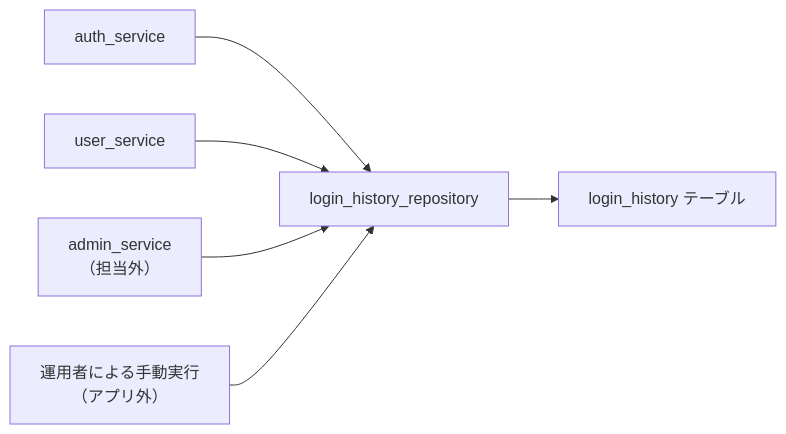
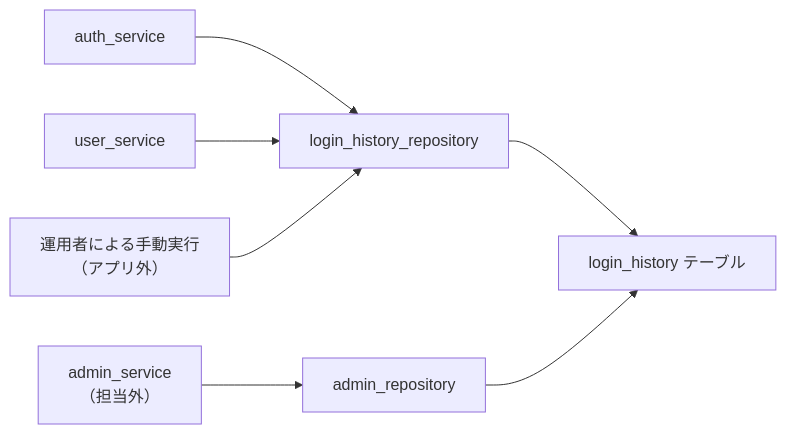
One commit to oikawa-d/task_management changed the third of 3 diagrams in docs/detailed_design/database/03_table_login_history.md. Above: the diagram before and after it, drawn with Mermaid. The commit also changed other lines of this file and 2 other files, not shown here.

````diff
--- a/docs/detailed_design/database/03_table_login_history.md
+++ b/docs/detailed_design/database/03_table_login_history.md
@@ -214,8 +217,9 @@
 ```mermaid
 flowchart LR
     AS["auth_service"] --> LRP["login_history_repository"]
     US["user_service"] --> LRP
-    ADS["admin_service<br/>（担当外）"] --> LRP
+    ADS["admin_service<br/>（担当外）"] --> ARP["admin_repository"]
     OPS["運用者による手動実行<br/>（アプリ外）"] --> LRP
     LRP --> T["login_history テーブル"]
+    ARP --> T
 ```
````
